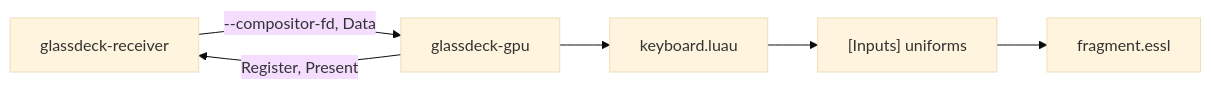
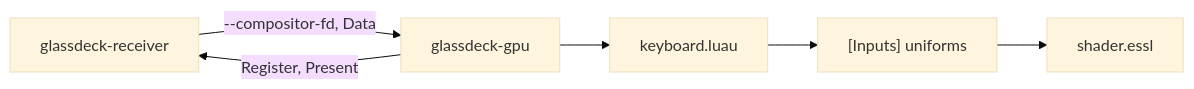
Before and after one commit to TareHimself/glassdeck: the diagram in crates/glassdeck-gpu/README.md, drawn with Mermaid (base theme). The commit also changed other lines of this file and 102 other files, not shown here.

````diff
--- a/crates/glassdeck-gpu/README.md
+++ b/crates/glassdeck-gpu/README.md
@@ -7,6 +7,6 @@
 ```mermaid
 flowchart LR
   r[glassdeck-receiver] -- "--compositor-fd, Data" --> g[glassdeck-gpu]
   g -- "Register, Present" --> r
-  g --> s[keyboard.luau] --> i["[Inputs] uniforms"] --> f[fragment.essl]
+  g --> s[keyboard.luau] --> i["[Inputs] uniforms"] --> f[shader.essl]
 ```
````
